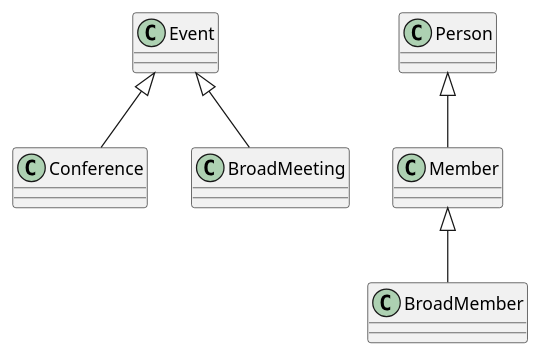
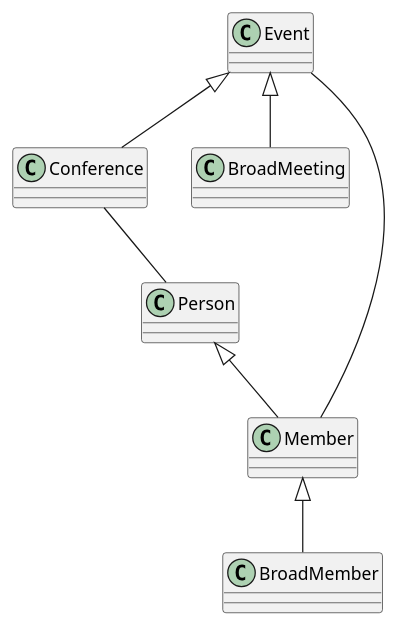
Before and after one commit to CorazaNegra/UMLClasesFSP: the diagram in Practica_Diagramas_UML.puml, drawn with PlantUML.

Commit message:
Relacionando todos los elementos hasta ahora

```diff
--- a/Practica_Diagramas_UML.puml
+++ b/Practica_Diagramas_UML.puml
@@ -1,34 +1,34 @@
 @startuml
 
 class Event{
 
 }
 
 class Conference{
 
 }
 
 class BroadMeeting{
 
 }
 
 class Person{
 
 }
 
 class Member{
 
 }
 
 class BroadMember{
 
 }
 
 Event <|-- Conference
 Event <|-- BroadMeeting
 Person <|-- Member
 Member <|-- BroadMember
-
-
+Event -- Member
+Conference -- Person
 
 @enduml
```
